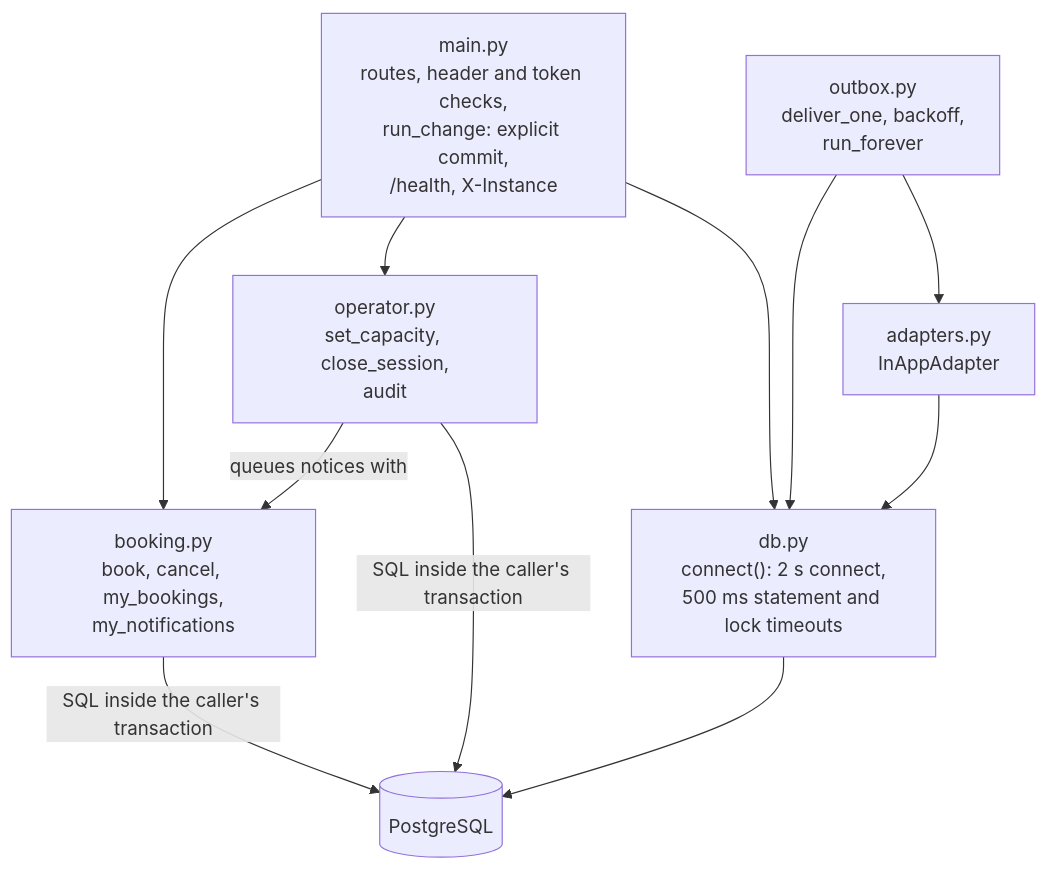
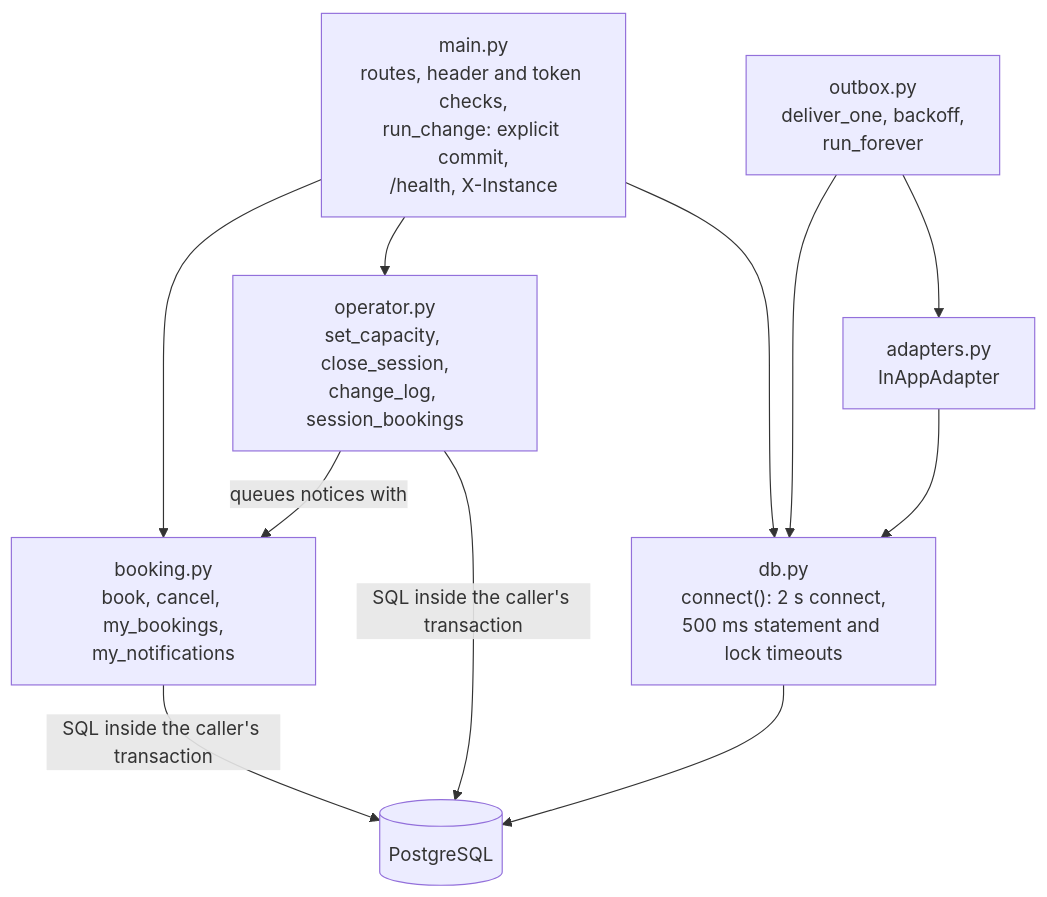
Before and after one commit to ashutosharma2/SwimSync: the third of 22 diagrams in docs/architecture.md, drawn with Mermaid. The commit also changed other lines of this file and 2 other files, not shown here.

Commit message:
Docs: phase 4 as it stands (swimmer screen built, operator screen paused), the operator reads, Docker and kind diagrams, and drill C as planned

````diff
--- a/docs/architecture.md
+++ b/docs/architecture.md
@@ -89,21 +92,21 @@
 ```mermaid
 flowchart TB
     Main["main.py<br/>routes, header and token checks,<br/>run_change: explicit commit,<br/>/health, X-Instance"]
     Booking["booking.py<br/>book, cancel, my_bookings,<br/>my_notifications"]
-    Operator["operator.py<br/>set_capacity, close_session,<br/>audit"]
+    Operator["operator.py<br/>set_capacity, close_session,<br/>change_log, session_bookings"]
     DB["db.py<br/>connect(): 2 s connect,<br/>500 ms statement and lock timeouts"]
     Outbox["outbox.py<br/>deliver_one, backoff,<br/>run_forever"]
     Adapters["adapters.py<br/>InAppAdapter"]
     PG[("PostgreSQL")]
 
     Main --> Booking
     Main --> Operator
     Main --> DB
     Operator -- "queues notices with" --> Booking
     Booking -- "SQL inside the caller's transaction" --> PG
     Operator -- "SQL inside the caller's transaction" --> PG
     DB --> PG
     Outbox --> DB
     Outbox --> Adapters
     Adapters --> DB
 ```
````
